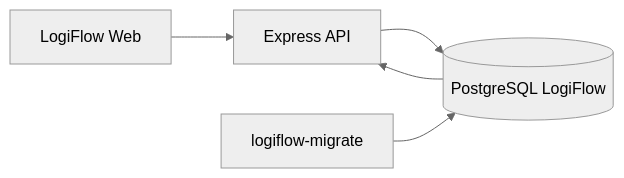
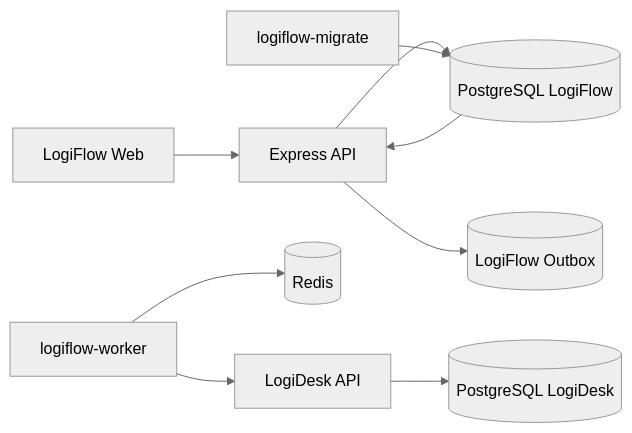
Before and after one commit to llucass1998/Nesher-Tech-Solutions: the second of 2 diagrams in docs/ARCHITECTURE.md, drawn with Mermaid (neutral theme). The commit also changed other lines of this file and 64 other files, not shown here.

````diff
--- a/docs/ARCHITECTURE.md
+++ b/docs/ARCHITECTURE.md
@@ -67,7 +83,11 @@
 ```mermaid
 flowchart LR
   Web[LogiFlow Web] --> API[Express API]
   API --> DB[(PostgreSQL LogiFlow)]
   Migrate[logiflow-migrate] --> DB
   DB --> API
+  API --> Outbox[(LogiFlow Outbox)]
+  Worker[logiflow-worker] --> Redis[(Redis)]
+  Worker --> DeskAPI[LogiDesk API]
+  DeskAPI --> DeskDB[(PostgreSQL LogiDesk)]
 ```
````
